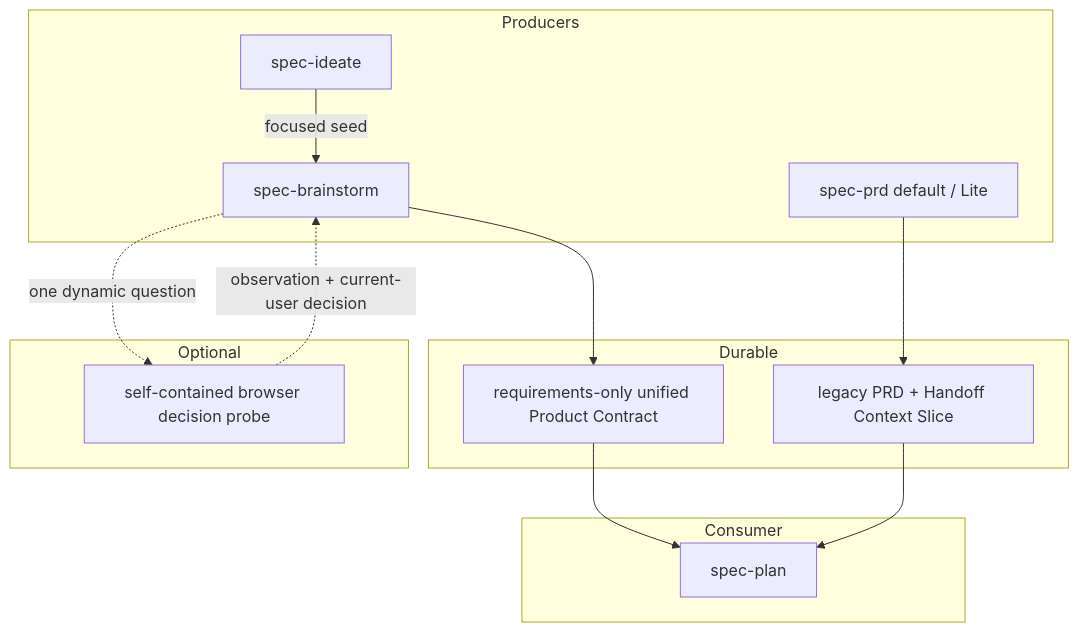
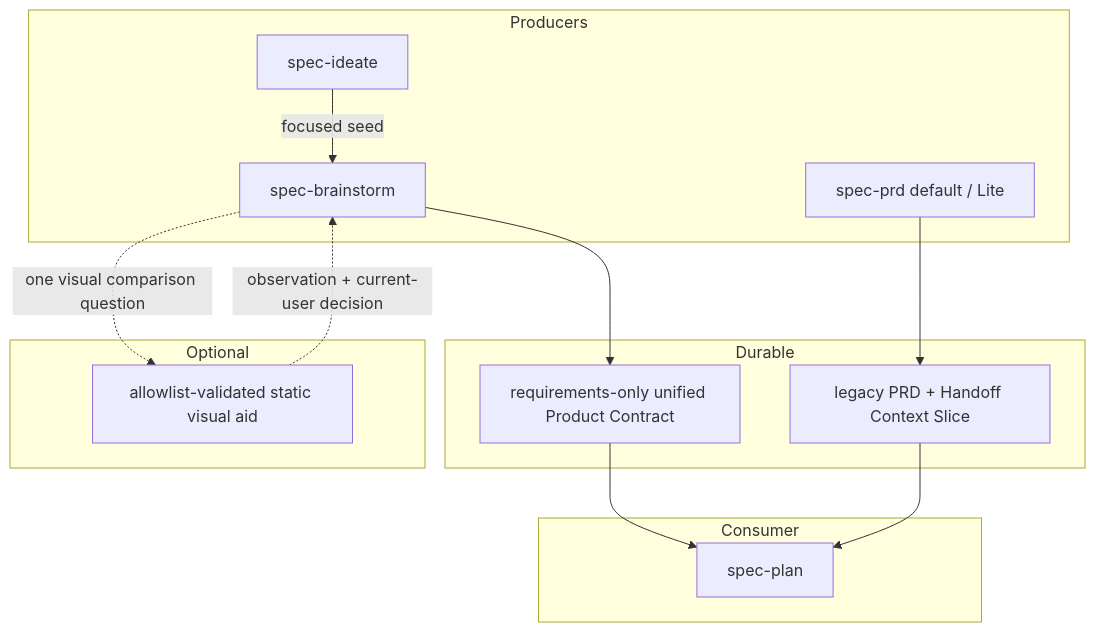
One commit to leo-kuang-ai/spec-first changed the second of 3 diagrams in docs/plans/2026-07-11-003-refactor-requirements-clarification-skills-integration-plan.md. Above: the diagram before and after it, drawn with Mermaid. The commit also changed other lines of this file and 35 other files, not shown here.

````diff
--- a/docs/plans/2026-07-11-003-refactor-requirements-clarification-skills-integration-plan.md
+++ b/docs/plans/2026-07-11-003-refactor-requirements-clarification-skills-integration-plan.md
@@ -274,29 +274,29 @@
 ```mermaid
 flowchart TB
   subgraph Producers
     I[spec-ideate]
     B[spec-brainstorm]
     R[spec-prd default / Lite]
   end
 
   subgraph Durable
     U[requirements-only unified Product Contract]
     L[legacy PRD + Handoff Context Slice]
   end
 
   subgraph Optional
-    V[self-contained browser decision probe]
+    V[allowlist-validated static visual aid]
   end
 
   subgraph Consumer
     P[spec-plan]
   end
 
   I -->|focused seed| B
   B --> U
-  B -. one dynamic question .-> V
+  B -. one visual comparison question .-> V
   V -. observation + current-user decision .-> B
   R --> L
   U --> P
   L --> P
 ```
````
